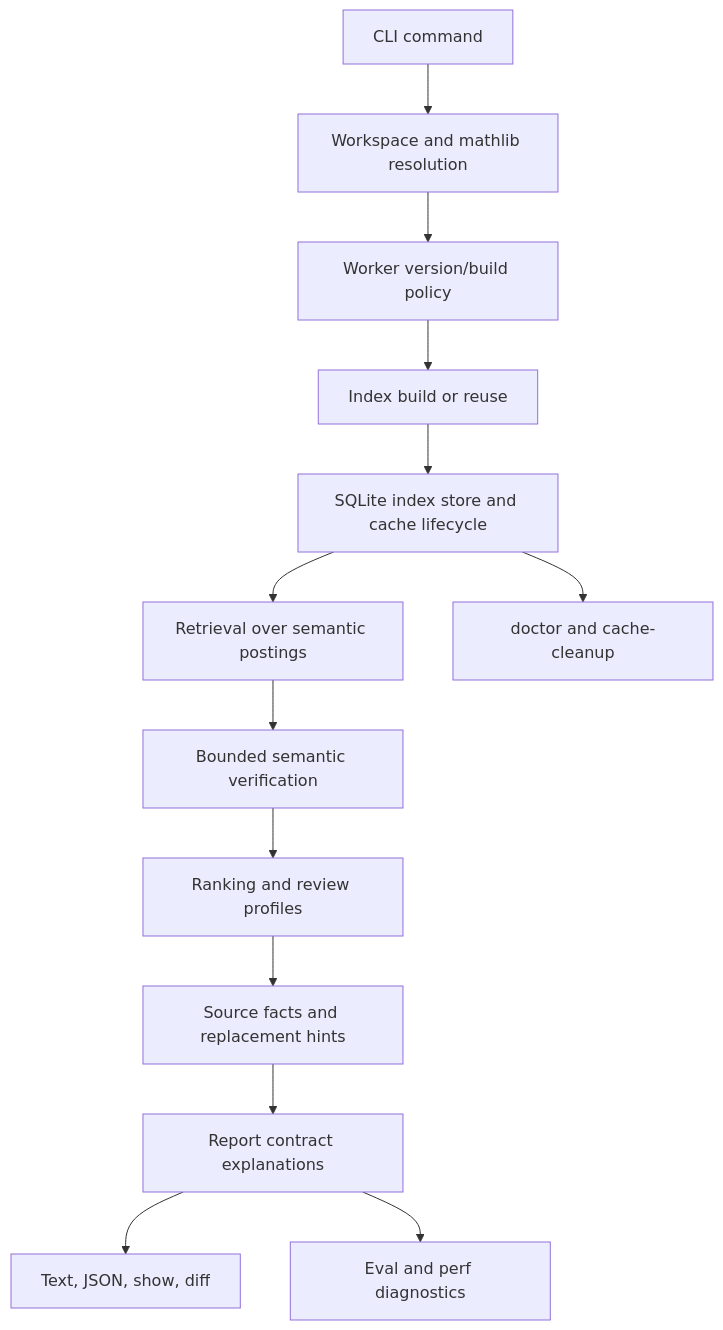
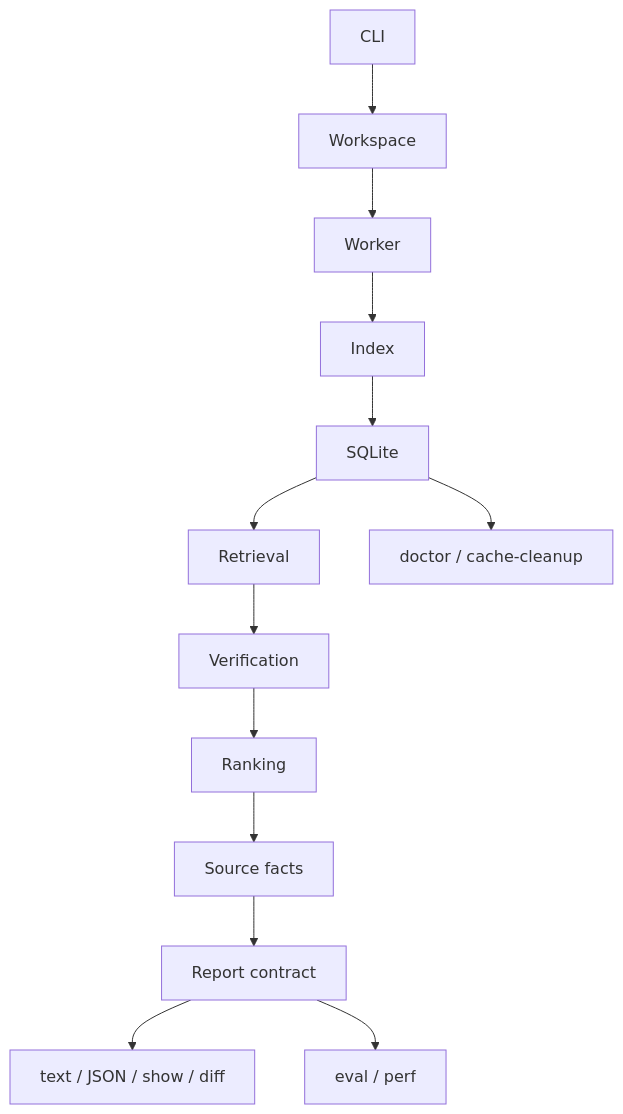
One commit to jcreinhold/lean-dup changed the diagram in docs/architecture/06-end-to-end-architecture.md. Above: the diagram before and after it, drawn with Mermaid. The commit also changed other lines of this file and 21 other files, not shown here.

First line of the commit message:
docs: rewrite architecture docs for clarity and utility

````diff
--- a/docs/architecture/06-end-to-end-architecture.md
+++ b/docs/architecture/06-end-to-end-architecture.md
@@ -47,15 +54,15 @@
 ```mermaid
 flowchart TD
-  CLI["CLI command"] --> Workspace["Workspace and mathlib resolution"]
-  Workspace --> WorkerPolicy["Worker version/build policy"]
-  WorkerPolicy --> IndexDecision["Index build or reuse"]
-  IndexDecision --> SQLite["SQLite index store and cache lifecycle"]
-  SQLite --> Retrieval["Retrieval over semantic postings"]
-  Retrieval --> Probes["Bounded semantic verification"]
-  Probes --> Ranking["Ranking and review profiles"]
-  Ranking --> SourceFacts["Source facts and replacement hints"]
-  SourceFacts --> Contract["Report contract explanations"]
-  Contract --> Render["Text, JSON, show, diff"]
-  Contract --> EvalPerf["Eval and perf diagnostics"]
-  SQLite --> Doctor["doctor and cache-cleanup"]
+  CLI["CLI"] --> Workspace["Workspace"]
+  Workspace --> Worker["Worker"]
+  Worker --> Index["Index"]
+  Index --> SQLite["SQLite"]
+  SQLite --> Retrieval["Retrieval"]
+  Retrieval --> Probes["Verification"]
+  Probes --> Ranking["Ranking"]
+  Ranking --> SourceFacts["Source facts"]
+  SourceFacts --> Contract["Report contract"]
+  Contract --> Render["text / JSON / show / diff"]
+  Contract --> EvalPerf["eval / perf"]
+  SQLite --> Doctor["doctor / cache-cleanup"]
 ```
````
